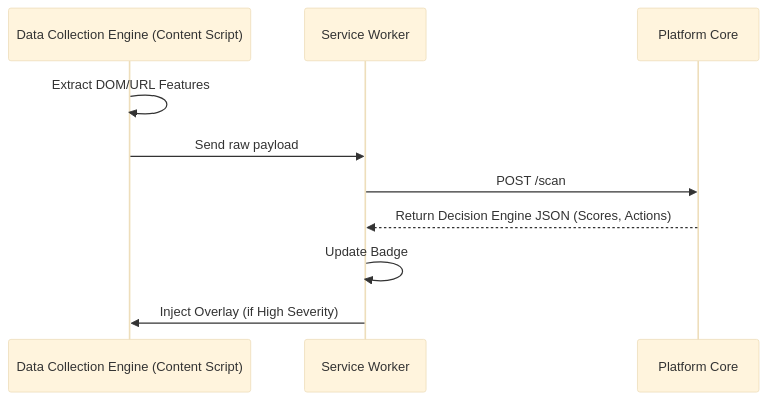
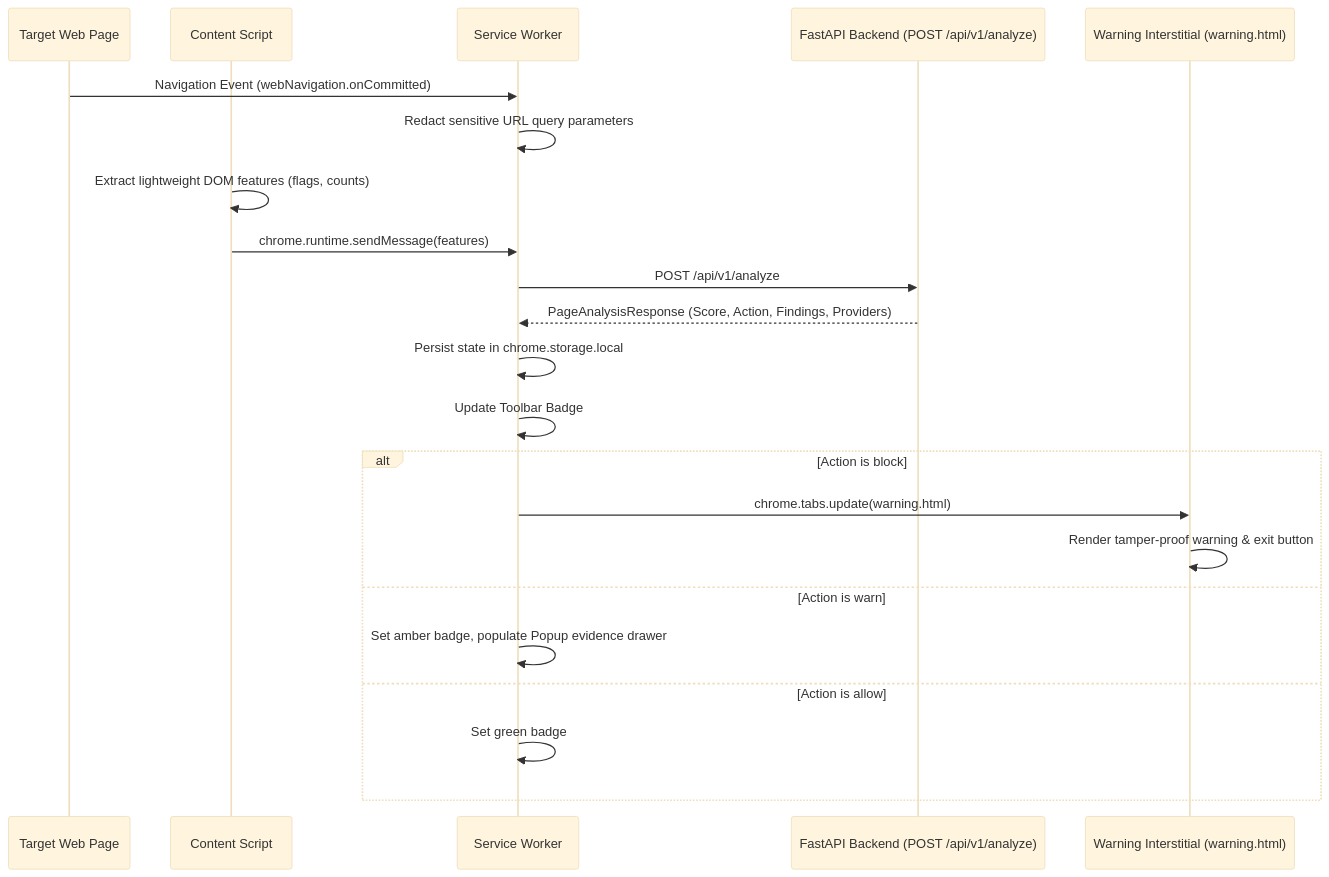
Before and after one commit to rajas2007/SiteSentry: the diagram in dev/07_EXTENSION_ARCHITECTURE.md, drawn with Mermaid (base theme). The commit also changed other lines of this file and 41 other files, not shown here.

Commit message:
docs(architecture): overhaul security specifications, contracts, and ADRs

````diff
--- a/dev/07_EXTENSION_ARCHITECTURE.md
+++ b/dev/07_EXTENSION_ARCHITECTURE.md
@@ -26,13 +55,26 @@
 ```mermaid
 sequenceDiagram
-    participant Ext as Data Collection Engine (Content Script)
-    participant BG as Service Worker
-    participant API as Platform Core
+    participant Web as Target Web Page
+    participant CS as Content Script
+    participant SW as Service Worker
+    participant API as FastAPI Backend (POST /api/v1/analyze)
+    participant Page as Warning Interstitial (warning.html)
 
-    Ext->>Ext: Extract DOM/URL Features
-    Ext->>BG: Send raw payload
-    BG->>API: POST /scan
-    API-->>BG: Return Decision Engine JSON (Scores, Actions)
-    BG->>BG: Update Badge
-    BG->>Ext: Inject Overlay (if High Severity)
+    Web->>SW: Navigation Event (webNavigation.onCommitted)
+    SW->>SW: Redact sensitive URL query parameters
+    CS->>CS: Extract lightweight DOM features (flags, counts)
+    CS->>SW: chrome.runtime.sendMessage(features)
+    SW->>API: POST /api/v1/analyze
+    API-->>SW: PageAnalysisResponse (Score, Action, Findings, Providers)
+    SW->>SW: Persist state in chrome.storage.local
+    SW->>SW: Update Toolbar Badge
+
+    alt Action is block
+        SW->>Page: chrome.tabs.update(warning.html)
+        Page->>Page: Render tamper-proof warning & exit button
+    else Action is warn
+        SW->>SW: Set amber badge, populate Popup evidence drawer
+    else Action is allow
+        SW->>SW: Set green badge
+    end
 ```
````
